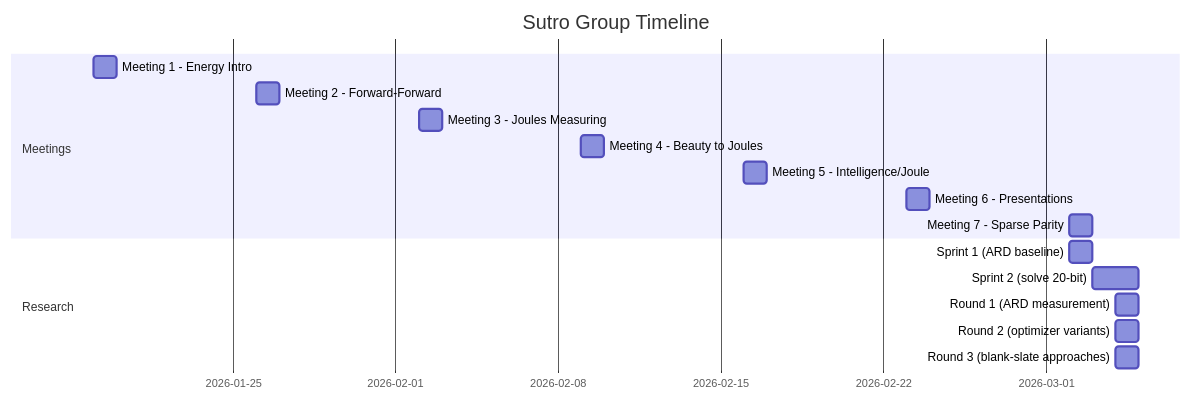
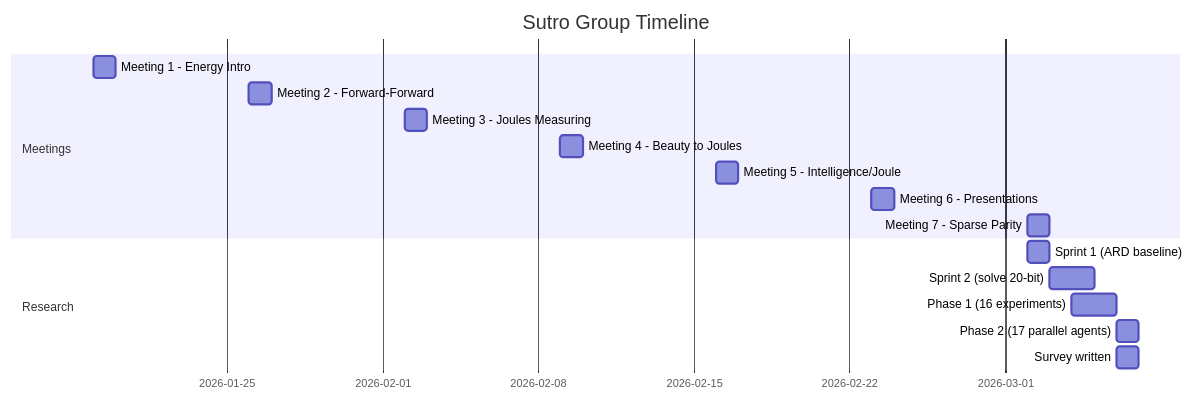
Before and after one commit to cybertronai/SutroYaro: the diagram in docs/context.md, drawn with Mermaid. The commit also changed other lines of this file and 14 other files, not shown here.

````diff
--- a/docs/context.md
+++ b/docs/context.md
@@ -44,19 +35,19 @@
 ```mermaid
 gantt
     title Sutro Group Timeline
     dateFormat YYYY-MM-DD
     section Meetings
     Meeting 1 - Energy Intro          :m1, 2026-01-19, 1d
     Meeting 2 - Forward-Forward       :m2, 2026-01-26, 1d
     Meeting 3 - Joules Measuring      :m3, 2026-02-02, 1d
     Meeting 4 - Beauty to Joules      :m4, 2026-02-09, 1d
     Meeting 5 - Intelligence/Joule    :m5, 2026-02-16, 1d
     Meeting 6 - Presentations         :m6, 2026-02-23, 1d
     Meeting 7 - Sparse Parity         :m7, 2026-03-02, 1d
     section Research
     Sprint 1 (ARD baseline)           :s1, 2026-03-02, 1d
     Sprint 2 (solve 20-bit)           :s2, 2026-03-03, 2d
-    Round 1 (ARD measurement)         :r1, 2026-03-04, 1d
-    Round 2 (optimizer variants)      :r2, 2026-03-04, 1d
-    Round 3 (blank-slate approaches)  :r3, 2026-03-04, 1d
+    Phase 1 (16 experiments)          :p1, 2026-03-04, 2d
+    Phase 2 (17 parallel agents)      :p2, 2026-03-06, 1d
+    Survey written                    :sv, 2026-03-06, 1d
 ```
````
